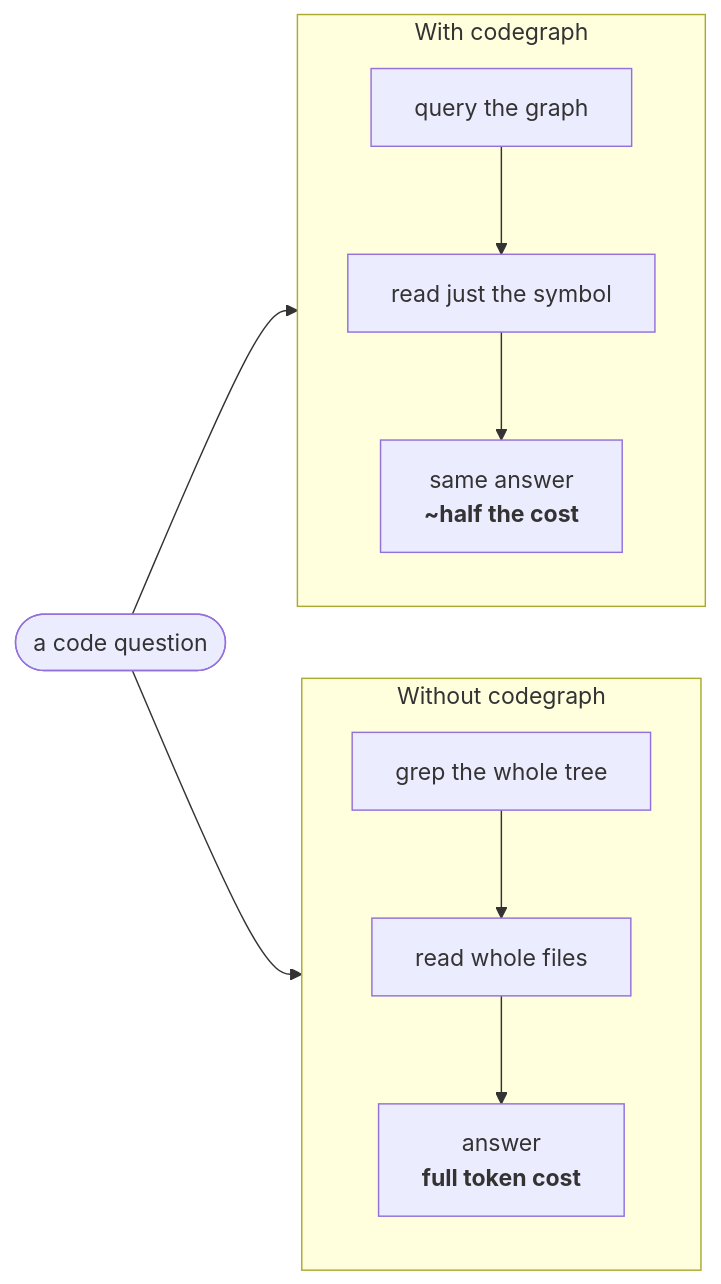
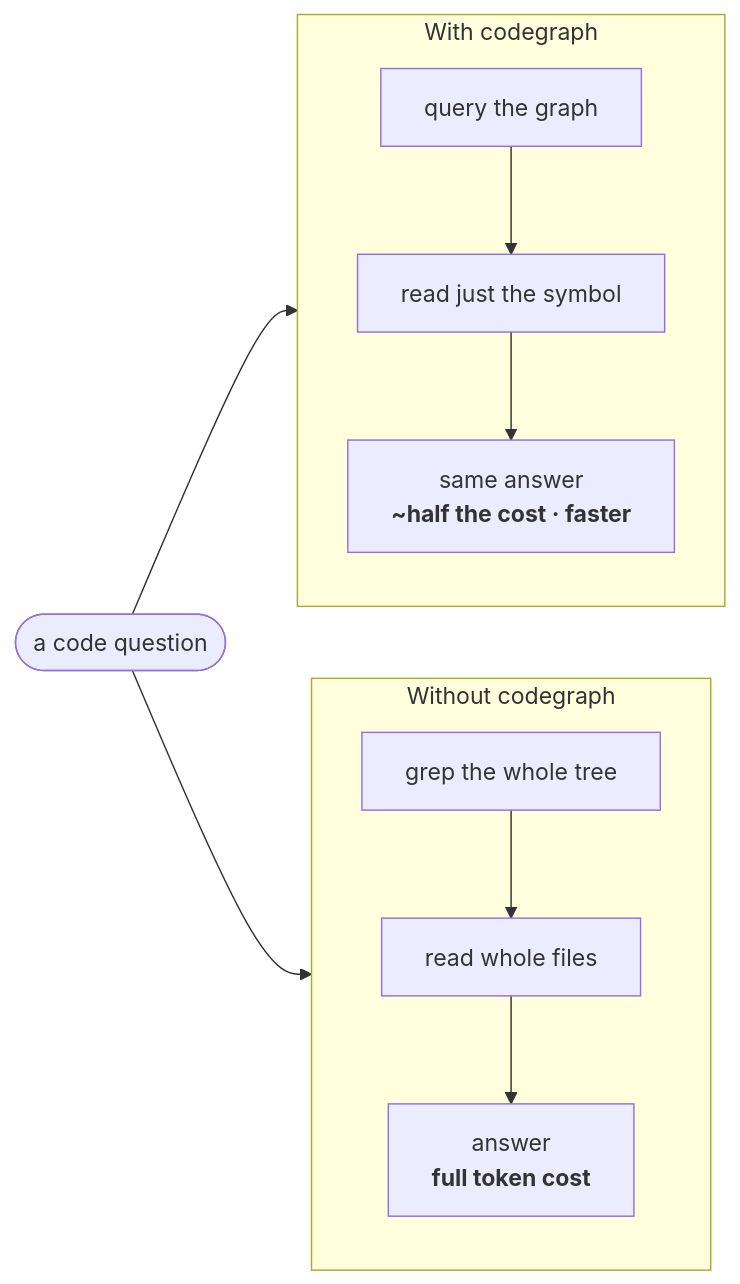
One commit to kaleLetendre/codegraph changed the first of 2 diagrams in README.md. Above: the diagram before and after it, drawn with Mermaid. The commit also changed other lines of this file, not shown here.

Commit message:
docs(readme): note fewer tokens = faster answers + lower cost

````diff
--- a/README.md
+++ b/README.md
@@ -9,13 +10,13 @@
 ```mermaid
 flowchart LR
   Q(["a code question"]) --> a1
   Q --> b1
   subgraph WO["Without codegraph"]
     direction TB
     a1["grep the whole tree"] --> a2["read whole files"] --> a3["answer<br/><b>full token cost</b>"]
   end
   subgraph WI["With codegraph"]
     direction TB
-    b1["query the graph"] --> b2["read just the symbol"] --> b3["same answer<br/><b>~half the cost</b>"]
+    b1["query the graph"] --> b2["read just the symbol"] --> b3["same answer<br/><b>~half the cost · faster</b>"]
   end
 ```
````
